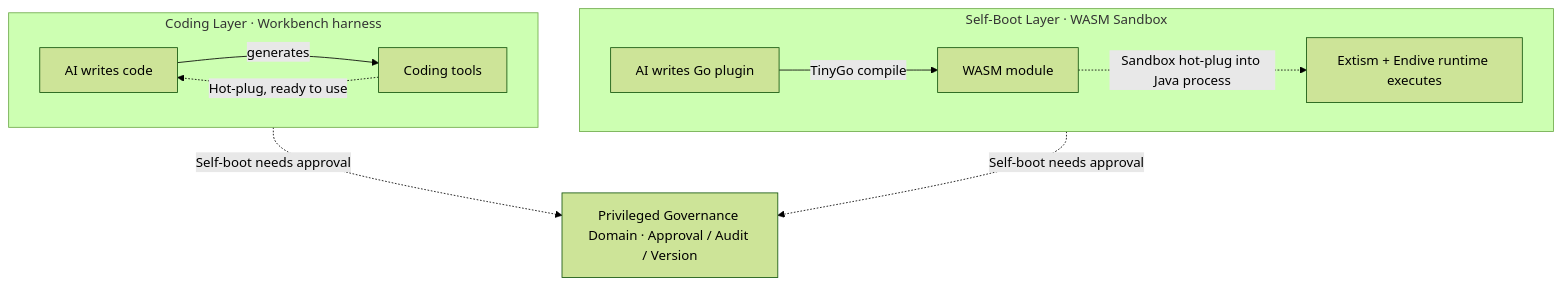
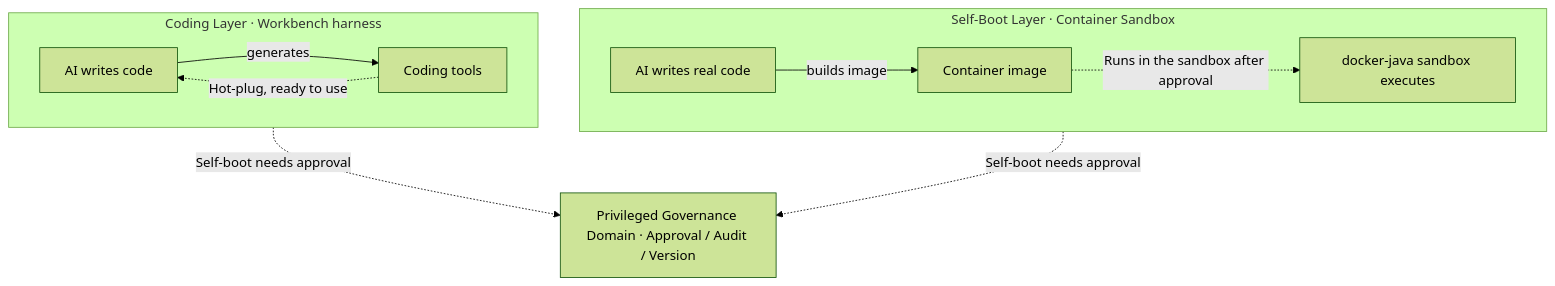
Before and after one commit to CanWeakerWriteStrongCode/DolphinMind: the sixth of 6 diagrams in docs/original-2026-paradigm-en.md, drawn with Mermaid (forest theme). The commit also changed other lines of this file and 5 other files, not shown here.

````diff
--- a/docs/original-2026-paradigm-en.md
+++ b/docs/original-2026-paradigm-en.md
@@ -548,18 +548,18 @@
 ```mermaid
 flowchart TD
     subgraph C1[Coding Layer · Workbench harness]
         direction LR
         A1[AI writes code] -->|generates| H[Coding tools]
         H -. Hot-plug, ready to use .-> A1
     end
 
-    subgraph C2[Self-Boot Layer · WASM Sandbox]
+    subgraph C2[Self-Boot Layer · Container Sandbox]
         direction LR
-        A2[AI writes Go plugin] -->|TinyGo compile| W[WASM module]
-        W -. Sandbox hot-plug into Java process .-> R[Extism + Endive runtime executes]
+        A2[AI writes real code] -->|builds image| W[Container image]
+        W -. Runs in the sandbox after approval .-> R[docker-java sandbox executes]
     end
 
     GOV[Privileged Governance Domain · Approval / Audit / Version]
     C1 -. Self-boot needs approval .-> GOV
     C2 -. Self-boot needs approval .-> GOV
 ```
````
